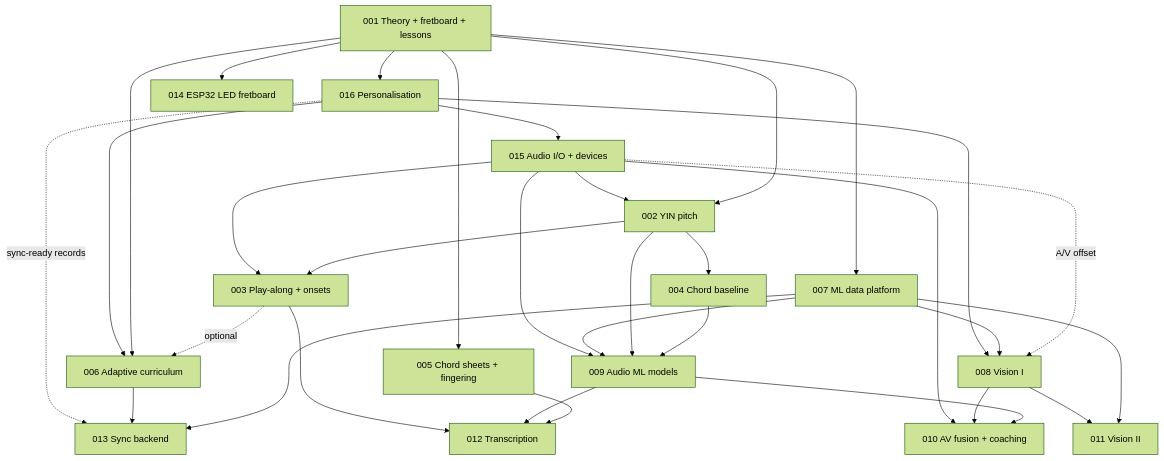
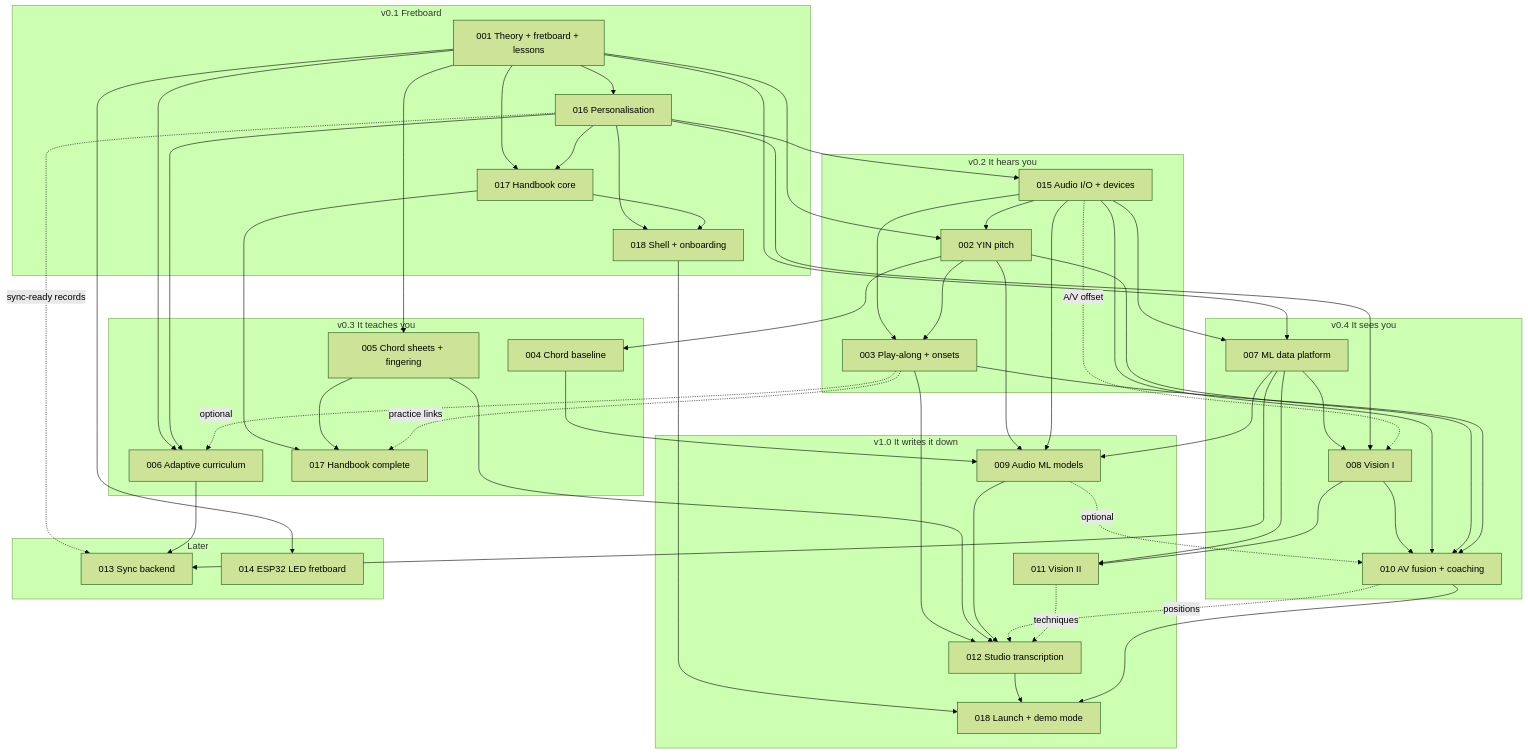
One commit to mbendari7/FretSense changed the second of 2 diagrams in docs/AI-WORKFLOW.md. Above: the diagram before and after it, drawn with Mermaid (forest theme). The commit also changed other lines of this file and 16 other files, not shown here.

````diff
--- a/docs/AI-WORKFLOW.md
+++ b/docs/AI-WORKFLOW.md
@@ -132,34 +140,82 @@
 ```mermaid
 flowchart TD
-    F001[001 Theory + fretboard + lessons] --> F016[016 Personalisation]
-    F016 --> F015[015 Audio I/O + devices]
+    subgraph R01 [v0.1 Fretboard]
+      F001[001 Theory + fretboard + lessons]
+      F016[016 Personalisation]
+      F017a[017 Handbook core]
+      F018a[018 Shell + onboarding]
+    end
+    subgraph R02 [v0.2 It hears you]
+      F015[015 Audio I/O + devices]
+      F002[002 YIN pitch]
+      F003[003 Play-along + onsets]
+    end
+    subgraph R03 [v0.3 It teaches you]
+      F006[006 Adaptive curriculum]
+      F004[004 Chord baseline]
+      F005[005 Chord sheets + fingering]
+      F017b[017 Handbook complete]
+    end
+    subgraph R04 [v0.4 It sees you]
+      F007[007 ML data platform]
+      F008[008 Vision I]
+      F010[010 AV fusion + coaching]
+    end
+    subgraph R10 [v1.0 It writes it down]
+      F009[009 Audio ML models]
+      F011[011 Vision II]
+      F012[012 Studio transcription]
+      F018b[018 Launch + demo mode]
+    end
+    subgraph RL [Later]
+      F013[013 Sync backend]
+      F014[014 ESP32 LED fretboard]
+    end
+
+    F001 --> F016
+    F001 --> F017a
+    F016 --> F017a
+    F016 --> F018a
+    F017a --> F018a
+    F016 --> F015
+    F001 --> F002
+    F015 --> F002
+    F015 --> F003
+    F002 --> F003
+    F001 --> F006
     F016 --> F006
+    F003 -.optional.-> F006
+    F002 --> F004
+    F001 --> F005
+    F017a --> F017b
+    F005 --> F017b
+    F003 -.practice links.-> F017b
+    F001 --> F007
+    F015 --> F007
+    F007 --> F008
     F016 --> F008
-    F016 -.sync-ready records.-> F013
-    F015 --> F002[002 YIN pitch]
-    F015 --> F003
-    F015 --> F009
+    F015 -.A/V offset.-> F008
+    F008 --> F010
     F015 --> F010
-    F001 --> F002
-    F001 --> F005[005 Chord sheets + fingering]
-    F001 --> F006[006 Adaptive curriculum]
-    F001 --> F014[014 ESP32 LED fretboard]
-    F002 --> F003[003 Play-along + onsets]
-    F002 --> F004[004 Chord baseline]
-    F003 -.optional.-> F006
-    F001 --> F007[007 ML data platform]
-    F007 --> F008[008 Vision I]
-    F007 --> F009[009 Audio ML models]
+    F002 --> F010
+    F003 --> F010
+    F009 -.optional.-> F010
+    F007 --> F009
     F002 --> F009
     F004 --> F009
-    F008 --> F010[010 AV fusion + coaching]
-    F009 --> F010
-    F008 --> F011[011 Vision II]
+    F015 --> F009
     F007 --> F011
-    F003 --> F012[012 Transcription]
+    F008 --> F011
+    F003 --> F012
+    F005 --> F012
     F009 --> F012
-    F005 --> F012
-    F006 --> F013[013 Sync backend]
+    F010 -.positions.-> F012
+    F011 -.techniques.-> F012
+    F018a --> F018b
+    F012 --> F018b
+    F010 --> F018b
+    F016 -.sync-ready records.-> F013
+    F006 --> F013
     F007 --> F013
-    F015 -.A/V offset.-> F008
+    F001 --> F014
 ```
````
